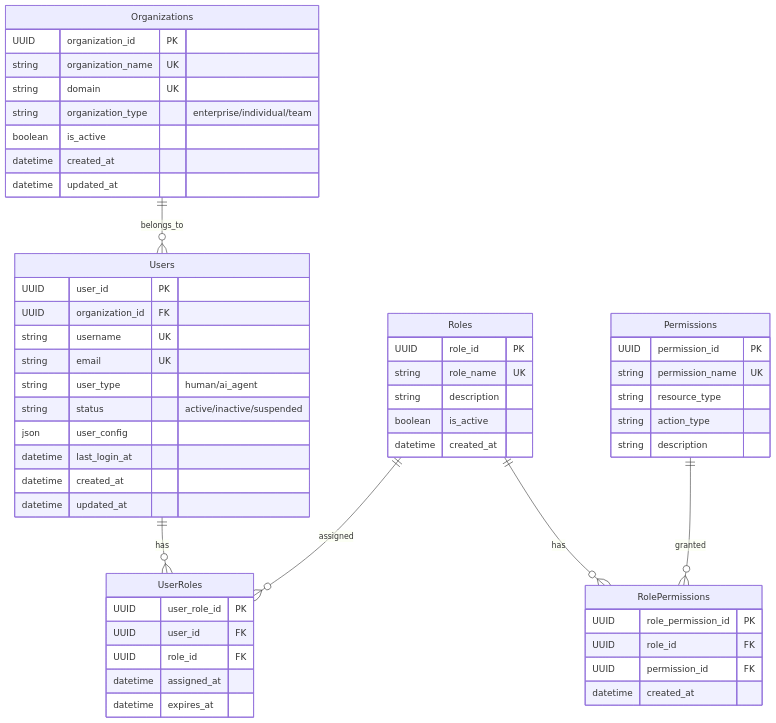
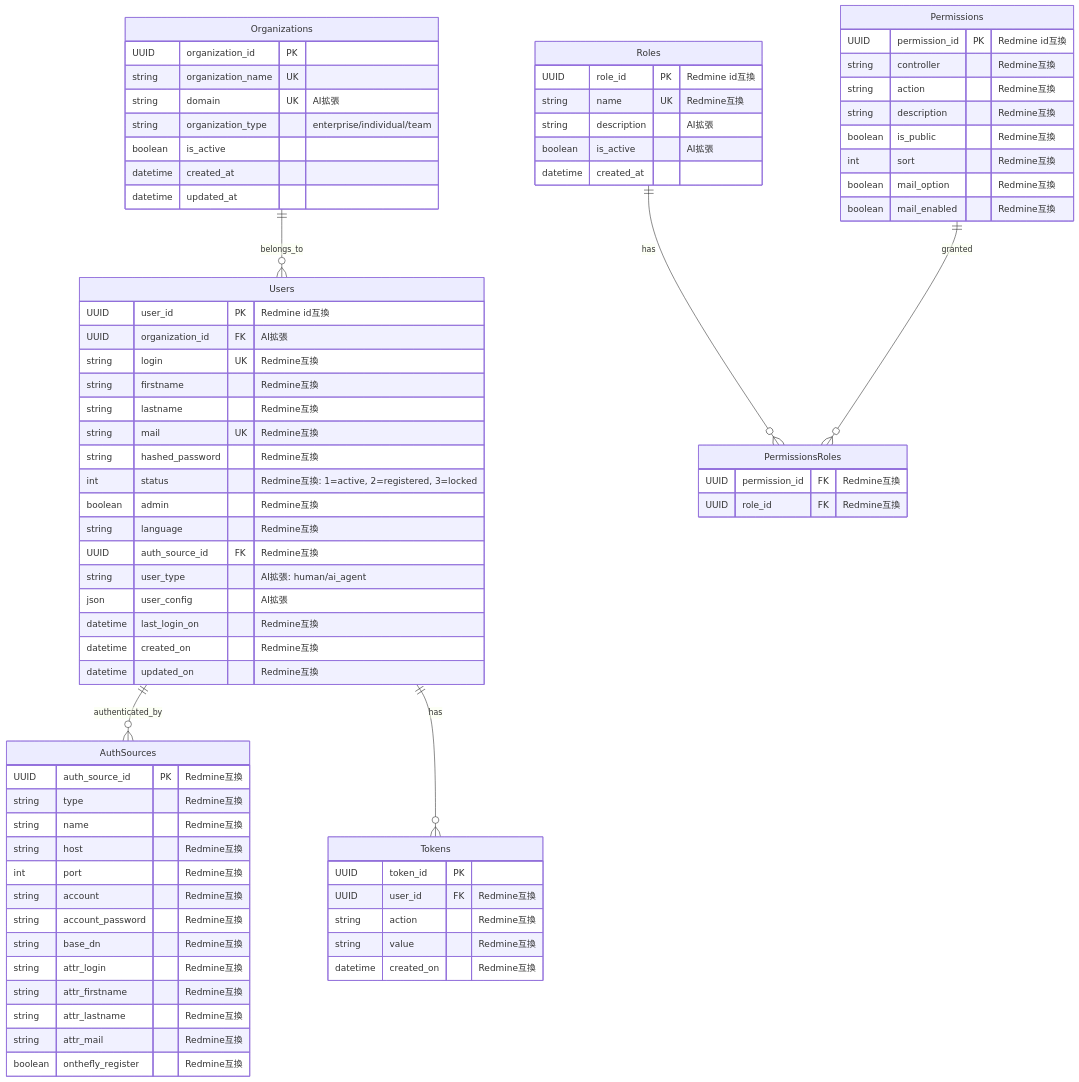
The first of 10 diagrams in docs/030000_設計/035000_データ設計/035010_ER図.md (daichiTAAA/AgentOpsPlatform), drawn with Mermaid before and after one commit. The commit also changed other lines of this file, not shown here.

````diff
--- a/docs/030000_設計/035000_データ設計/035010_ER図.md
+++ b/docs/030000_設計/035000_データ設計/035010_ER図.md
@@ -70,7 +86,7 @@
     Organizations {
         UUID organization_id PK
         string organization_name UK
-        string domain UK
+        string domain UK "AI拡張"
         string organization_type "enterprise/individual/team"
         boolean is_active
         datetime created_at
@@ -78,52 +94,75 @@
     }
     
     Users {
-        UUID user_id PK
-        UUID organization_id FK
-        string username UK
-        string email UK
-        string user_type "human/ai_agent"
-        string status "active/inactive/suspended"
-        json user_config
-        datetime last_login_at
-        datetime created_at
-        datetime updated_at
+        UUID user_id PK "Redmine id互換"
+        UUID organization_id FK "AI拡張"
+        string login UK "Redmine互換"
+        string firstname "Redmine互換"
+        string lastname "Redmine互換"
+        string mail UK "Redmine互換"
+        string hashed_password "Redmine互換"
+        int status "Redmine互換: 1=active, 2=registered, 3=locked"
+        boolean admin "Redmine互換"
+        string language "Redmine互換"
+        UUID auth_source_id FK "Redmine互換"
+        string user_type "AI拡張: human/ai_agent"
+        json user_config "AI拡張"
+        datetime last_login_on "Redmine互換"
+        datetime created_on "Redmine互換"
+        datetime updated_on "Redmine互換"
+    }
+    
+    AuthSources {
+        UUID auth_source_id PK "Redmine互換"
+        string type "Redmine互換"
+        string name "Redmine互換"
+        string host "Redmine互換"
+        int port "Redmine互換"
+        string account "Redmine互換"
+        string account_password "Redmine互換"
+        string base_dn "Redmine互換"
+        string attr_login "Redmine互換"
+        string attr_firstname "Redmine互換"
+        string attr_lastname "Redmine互換"
+        string attr_mail "Redmine互換"
+        boolean onthefly_register "Redmine互換"
     }
     
     Roles {
-        UUID role_id PK
-        string role_name UK
-        string description
-        boolean is_active
+        UUID role_id PK "Redmine id互換"
+        string name UK "Redmine互換"
+        string description "AI拡張"
+        boolean is_active "AI拡張"
         datetime created_at
     }
     
     Permissions {
-        UUID permission_id PK
-        string permission_name UK
-        string resource_type
-        string action_type
-        string description
+        UUID permission_id PK "Redmine id互換"
+        string controller "Redmine互換"
+        string action "Redmine互換" 
+        string description "Redmine互換"
+        boolean is_public "Redmine互換"
+        int sort "Redmine互換"
+        boolean mail_option "Redmine互換"
+        boolean mail_enabled "Redmine互換"
     }
     
-    UserRoles {
-        UUID user_role_id PK
-        UUID user_id FK
-        UUID role_id FK
-        datetime assigned_at
-        datetime expires_at
+    PermissionsRoles {
+        UUID permission_id FK "Redmine互換"
+        UUID role_id FK "Redmine互換"
     }
     
-    RolePermissions {
-        UUID role_permission_id PK
-        UUID role_id FK
-        UUID permission_id FK
-        datetime created_at
+    Tokens {
+        UUID token_id PK
+        UUID user_id FK "Redmine互換"
+        string action "Redmine互換"
+        string value "Redmine互換"
+        datetime created_on "Redmine互換"
     }
     
     Organizations ||--o{ Users : belongs_to
-    Users ||--o{ UserRoles : has
-    Roles ||--o{ UserRoles : assigned
-    Roles ||--o{ RolePermissions : has
-    Permissions ||--o{ RolePermissions : granted
+    Users ||--o{ AuthSources : authenticated_by
+    Users ||--o{ Tokens : has
+    Roles ||--o{ PermissionsRoles : has
+    Permissions ||--o{ PermissionsRoles : granted
 ```
````
